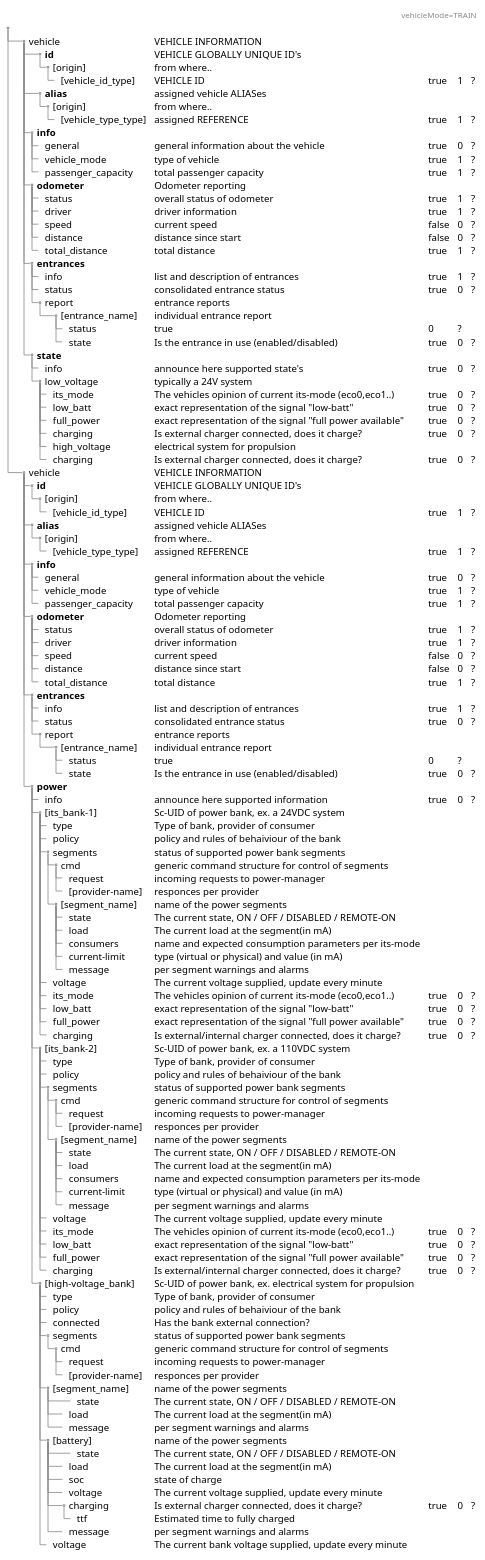
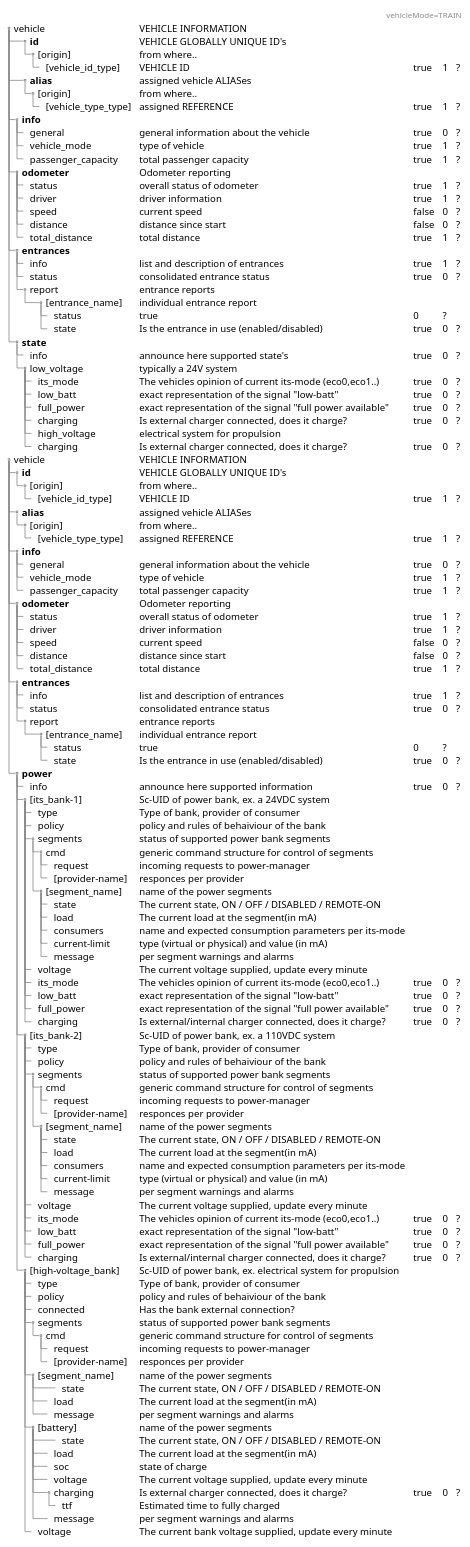
Before and after one commit to ITxPT/schematest: the diagram in puml-linktest/vehicle.puml, drawn with PlantUML.

```diff
--- a/puml-linktest/vehicle.puml
+++ b/puml-linktest/vehicle.puml
@@ -1,166 +1,166 @@
 @startsalt (id=vehicle)
 
 ' Status: workdoc, version 0.3
 {
 {T
 '+**topic** | **payload** | **retain** | **QoS** | **msg exp**
 '+ **[itxpt_root_topic]**
 
 header vehicleMode=BUS
-.
+'.
 ++ vehicle | VEHICLE INFORMATION
 ++++ **id** | VEHICLE GLOBALLY UNIQUE ID's
 +++++ [origin] | from where..
 ++++++ [vehicle_id_type] | VEHICLE ID | true | 1 | ?
 ++++ **alias** | assigned vehicle ALIASes
 +++++ [origin] | from where..
 ++++++ [vehicle_type_type] | assigned REFERENCE | true | 1 | ?
 
 +++ **info**
 ++++ general | general information about the vehicle | true | 0 |?
 ++++ vehicle_mode | type of vehicle | true | 1 | ?
 ++++ passenger_capacity | total passenger capacity | true | 1 | ?
 
 +++ **odometer** | Odometer reporting
 ++++ status | overall status of odometer | true | 1 | ?
 ++++ driver | driver information | true | 1 | ?
 ++++ speed | current speed | false | 0 | ?
 ++++ distance | distance since start | false | 0 | ?
 ++++ total_distance | total distance | true | 1 | ?
 
 +++ **entrances**
 ++++ info | list and description of entrances | true | 1 | ?
 ++++ status | consolidated entrance status | true | 0 | ?
 ++++ report | entrance reports
 ++++++ [entrance_name] | individual entrance report
 +++++++ status | true | 0 | ?
 +++++++ state | Is the entrance in use (enabled/disabled) | true | 0 | ?
 
 +++ **state**
 ++++ info | announce here supported state's | true | 0 | ?
 ++++ low_voltage | typically a 24V system
 +++++ its_mode | The vehicles opinion of current its-mode (eco0,eco1..) | true | 0 | ?
 +++++ low_batt | exact representation of the signal "low-batt"  | true | 0 | ?
 +++++ full_power | exact representation of the signal "full power available"  | true | 0 | ?
 +++++ charging | Is external charger connected, does it charge?  | true | 0 | ?
 +++++ high_voltage | electrical system for propulsion
 +++++ charging | Is external charger connected, does it charge?  | true | 0 | ?
 
 header vehicleMode=TRAIN
 
 
 
 ++ vehicle | VEHICLE INFORMATION
 +++ **id** | VEHICLE GLOBALLY UNIQUE ID's
 ++++ [origin] | from where..
 +++++ [vehicle_id_type] | VEHICLE ID | true | 1 | ?
 +++ **alias** | assigned vehicle ALIASes
 ++++ [origin] | from where..
 +++++ [vehicle_type_type] | assigned REFERENCE | true | 1 | ?
 
 +++ **info**
 ++++ general | general information about the vehicle | true | 0 |?
 ++++ vehicle_mode | type of vehicle | true | 1 | ?
 ++++ passenger_capacity | total passenger capacity | true | 1 | ?
 
 +++ **odometer** | Odometer reporting
 ++++ status | overall status of odometer | true | 1 | ?
 ++++ driver | driver information | true | 1 | ?
 ++++ speed | current speed | false | 0 | ?
 ++++ distance | distance since start | false | 0 | ?
 ++++ total_distance | total distance | true | 1 | ?
 
 +++ **entrances**
 ++++ info | list and description of entrances | true | 1 | ?
 ++++ status | consolidated entrance status | true | 0 | ?
 ++++ report | entrance reports
 ++++++ [entrance_name] | individual entrance report
 +++++++ status | true | 0 | ?
 +++++++ state | Is the entrance in use (enabled/disabled) | true | 0 | ?
 
 +++ **power**
 ++++ info | announce here supported information | true | 0 | ?
 
 ' First ITS power bank, of the type consumers, there has to be at least one
 ++++ [its_bank-1] | Sc-UID of power bank, ex. a 24VDC system
 +++++ type | Type of bank, provider of consumer
 +++++ policy | policy and rules of behaiviour of the bank
 +++++ segments | status of supported power bank segments
 ++++++ cmd | generic command structure for control of segments
 +++++++ request | incoming requests to power-manager
 +++++++ [provider-name] | responces per provider
 
 ' Per segment information
 ++++++ [segment_name] | name of the power segments
 +++++++ state | The current state, ON / OFF / DISABLED / REMOTE-ON
 +++++++ load | The current load at the segment(in mA)
 +++++++ consumers | name and expected consumption parameters per its-mode
 +++++++ current-limit | type (virtual or physical) and value (in mA)
 +++++++ message | per segment warnings and alarms
 
 ' The generic its power bank information
 +++++ voltage | The current voltage supplied, update every minute
 +++++ its_mode | The vehicles opinion of current its-mode (eco0,eco1..) | true | 0 | ?
 +++++ low_batt | exact representation of the signal "low-batt"  | true | 0 | ?
 +++++ full_power | exact representation of the signal "full power available"  | true | 0 | ?
 +++++ charging | Is external/internal charger connected, does it charge?  | true | 0 | ?
 
 ' Additional power bank's example
 ++++ [its_bank-2] | Sc-UID of power bank, ex. a 110VDC system
 +++++ type | Type of bank, provider of consumer
 +++++ policy | policy and rules of behaiviour of the bank
 +++++ segments | status of supported power bank segments
 ++++++ cmd | generic command structure for control of segments
 +++++++ request | incoming requests to power-manager
 +++++++ [provider-name] | responces per provider
 
 ' Per segment information
 ++++++ [segment_name] | name of the power segments
 +++++++ state | The current state, ON / OFF / DISABLED / REMOTE-ON
 +++++++ load | The current load at the segment(in mA)
 +++++++ consumers | name and expected consumption parameters per its-mode
 +++++++ current-limit | type (virtual or physical) and value (in mA)
 +++++++ message | per segment warnings and alarms
 
 ' The generic its power bank information
 +++++ voltage | The current voltage supplied, update every minute
 +++++ its_mode | The vehicles opinion of current its-mode (eco0,eco1..) | true | 0 | ?
 +++++ low_batt | exact representation of the signal "low-batt"  | true | 0 | ?
 +++++ full_power | exact representation of the signal "full power available"  | true | 0 | ?
 +++++ charging | Is external/internal charger connected, does it charge?  | true | 0 | ?
 
 
 ++++ [high-voltage_bank] | Sc-UID of power bank, ex. electrical system for propulsion
 +++++ type | Type of bank, provider of consumer
 +++++ policy | policy and rules of behaiviour of the bank
 +++++ connected | Has the bank external connection?
 +++++ segments | status of supported power bank segments
 ++++++ cmd | generic command structure for control of segments
 +++++++ request | incoming requests to power-manager
 +++++++ [provider-name] | responces per provider
 
 ' Per segment information
 +++++ [segment_name] | name of the power segments
 ++++++++ state | The current state, ON / OFF / DISABLED / REMOTE-ON
 +++++++ load | The current load at the segment(in mA)
 +++++++ message | per segment warnings and alarms
 
 ' Per segment information
 +++++ [battery] | name of the power segments
 ++++++++ state | The current state, ON / OFF / DISABLED / REMOTE-ON
 +++++++ load | The current load at the segment(in mA)
 +++++++ soc | state of charge
 +++++++ voltage | The current voltage supplied, update every minute
 +++++++ charging | Is external charger connected, does it charge?  | true | 0 | ?
 ++++++++ ttf | Estimated time to fully charged
 +++++++ message | per segment warnings and alarms
 
 +++++ voltage | The current bank voltage supplied, update every minute
 
 
 
 
 
 }
 }
 @endsalt
```
